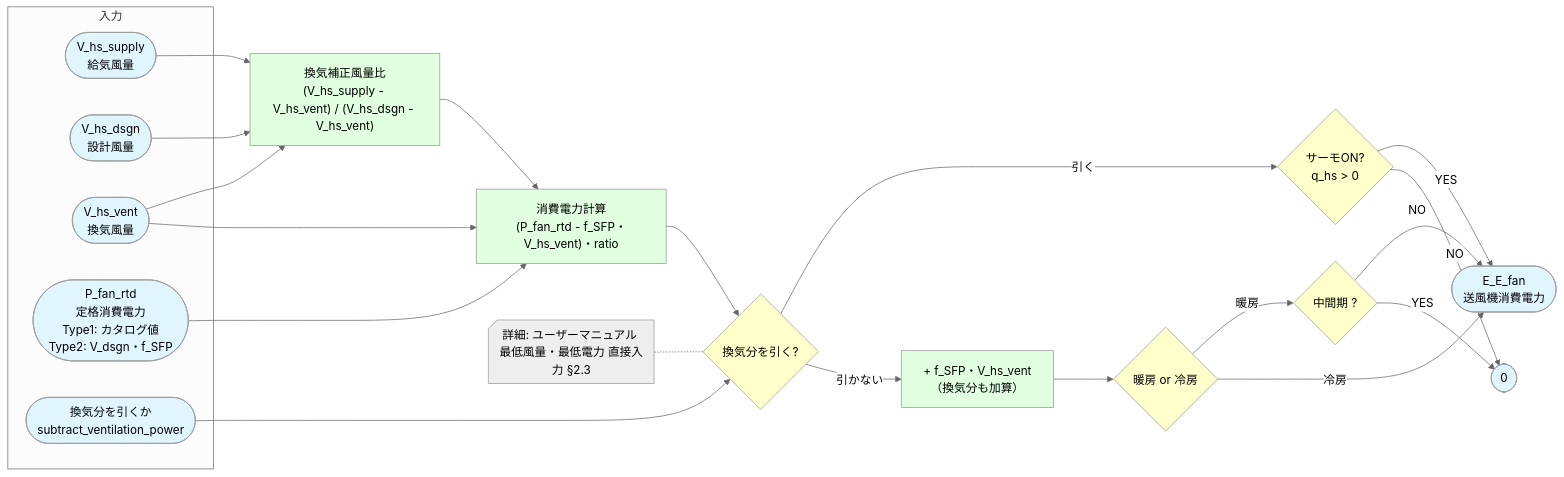
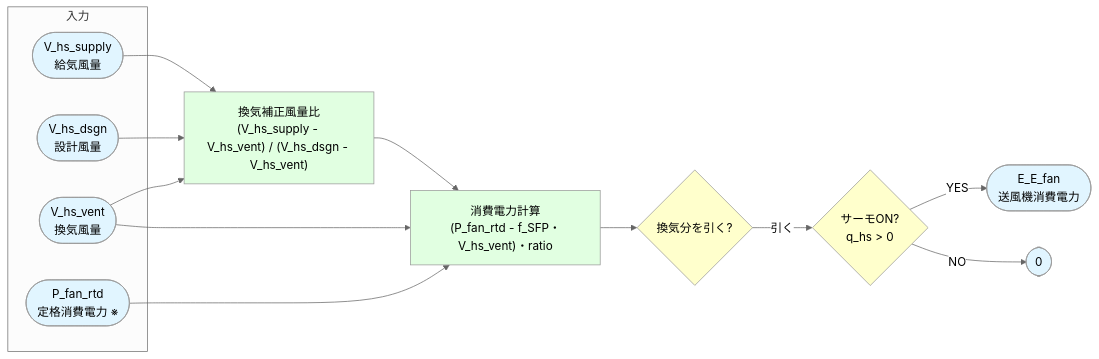
One commit to iguchi-lab/Verification-Platform-Next changed the fifth of 6 diagrams in docs/計算フロー_タイプ1・2.md. Above: the diagram before and after it, drawn with Mermaid (neutral theme). The commit also changed other lines of this file and 1 other file, not shown here.

````diff
--- a/docs/計算フロー_タイプ1・2.md
+++ b/docs/計算フロー_タイプ1・2.md
@@ -385,44 +358,31 @@
 ```mermaid
 flowchart LR
 
 subgraph 入力
     V([V_hs_supply<br/>給気風量])
     V_dsgn([V_hs_dsgn<br/>設計風量])
     V_vent([V_hs_vent<br/>換気風量])
-    P([P_fan_rtd<br/>定格消費電力<br/>Type1: カタログ値<br/>Type2: V_dsgn・f_SFP])
-    SVP([換気分を引くか<br/>subtract_ventilation_power])
+    P([P_fan_rtd<br/>定格消費電力 ※])
 end
 
 V & V_dsgn & V_vent --> Ratio["換気補正風量比<br/>(V_hs_supply - V_hs_vent) / (V_hs_dsgn - V_hs_vent)"]
 
 Ratio & P & V_vent --> Power["消費電力計算<br/>(P_fan_rtd - f_SFP・V_hs_vent)・ratio"]
 
-SVP & Power --> SVPCheck{換気分を引く?}
+Power --> SVPCheck{換気分を引く?}
 
 SVPCheck -->|引く| CheckThermo{サーモON?<br/>q_hs > 0}
 CheckThermo -->|YES| Result([E_E_fan<br/>送風機消費電力])
 CheckThermo -->|NO| Zero([0])
 
-SVPCheck -->|引かない| PowerFull["+ f_SFP・V_hs_vent<br/>（換気分も加算）"]
-PowerFull --> Check2{暖房 or 冷房}
-Check2 -->|暖房| Check3{中間期 ?}
-Check2 -->|冷房| Result
-Check3 -->|NO| Result
-Check3 -->|YES| Zero
-NoteS@{ shape: notch-rect, label: "詳細: ユーザーマニュアル 最低風量・最低電力 直接入力 §2.3" } -.- SVPCheck
-
 style V fill:#e1f5ff
 style V_dsgn fill:#e1f5ff
 style V_vent fill:#e1f5ff
 style P fill:#e1f5ff
-style SVP fill:#e1f5ff
 style Ratio fill:#e1ffe1
 style Power fill:#e1ffe1
 style SVPCheck fill:#ffffcc
 style CheckThermo fill:#ffffcc
-style PowerFull fill:#e1ffe1
-style Check2 fill:#ffffcc
-style Check3 fill:#ffffcc
 style Result fill:#e1f5ff
 style Zero fill:#e1f5ff
 ```
````
